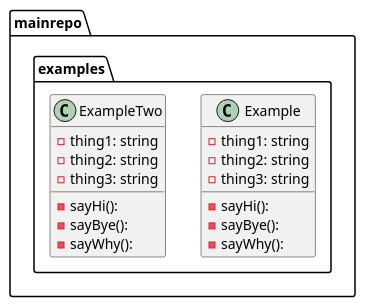
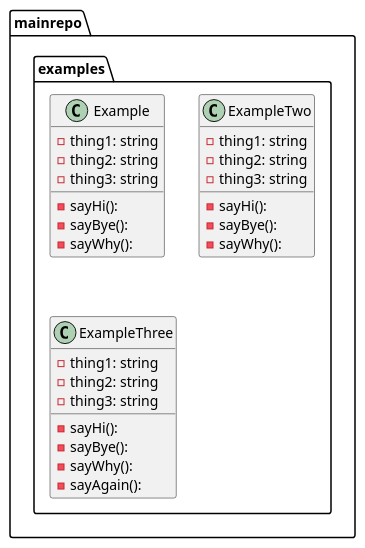
Before and after one commit to tbal999/pumlaction: the diagram in graph.puml, drawn with PlantUML.

Commit message:
generated puml file

```diff
--- a/graph.puml
+++ b/graph.puml
@@ -1,23 +1,34 @@
 @startuml
 package ...mainrepo.examples{
 class Example {
 -thing1: string
 -thing2: string
 -thing3: string
 -sayHi(): 
 -sayBye(): 
 -sayWhy(): 
 }
 }
 package ...mainrepo.examples{
 class ExampleTwo {
 -thing1: string
 -thing2: string
 -thing3: string
 -sayHi(): 
 -sayBye(): 
 -sayWhy(): 
 }
 }
+package ...mainrepo.examples{
+class ExampleThree {
+-thing1: string
+-thing2: string
+-thing3: string
+-sayHi(): 
+-sayBye(): 
+-sayWhy(): 
+-sayAgain(): 
+}
+}
 
 @enduml
```
